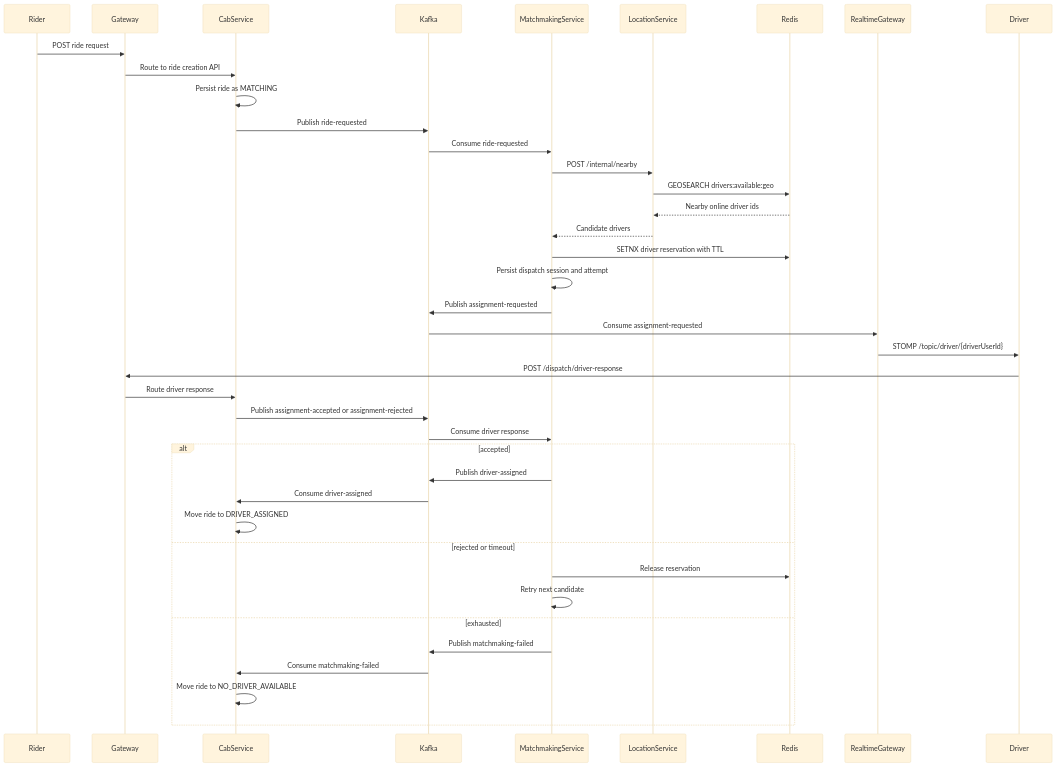
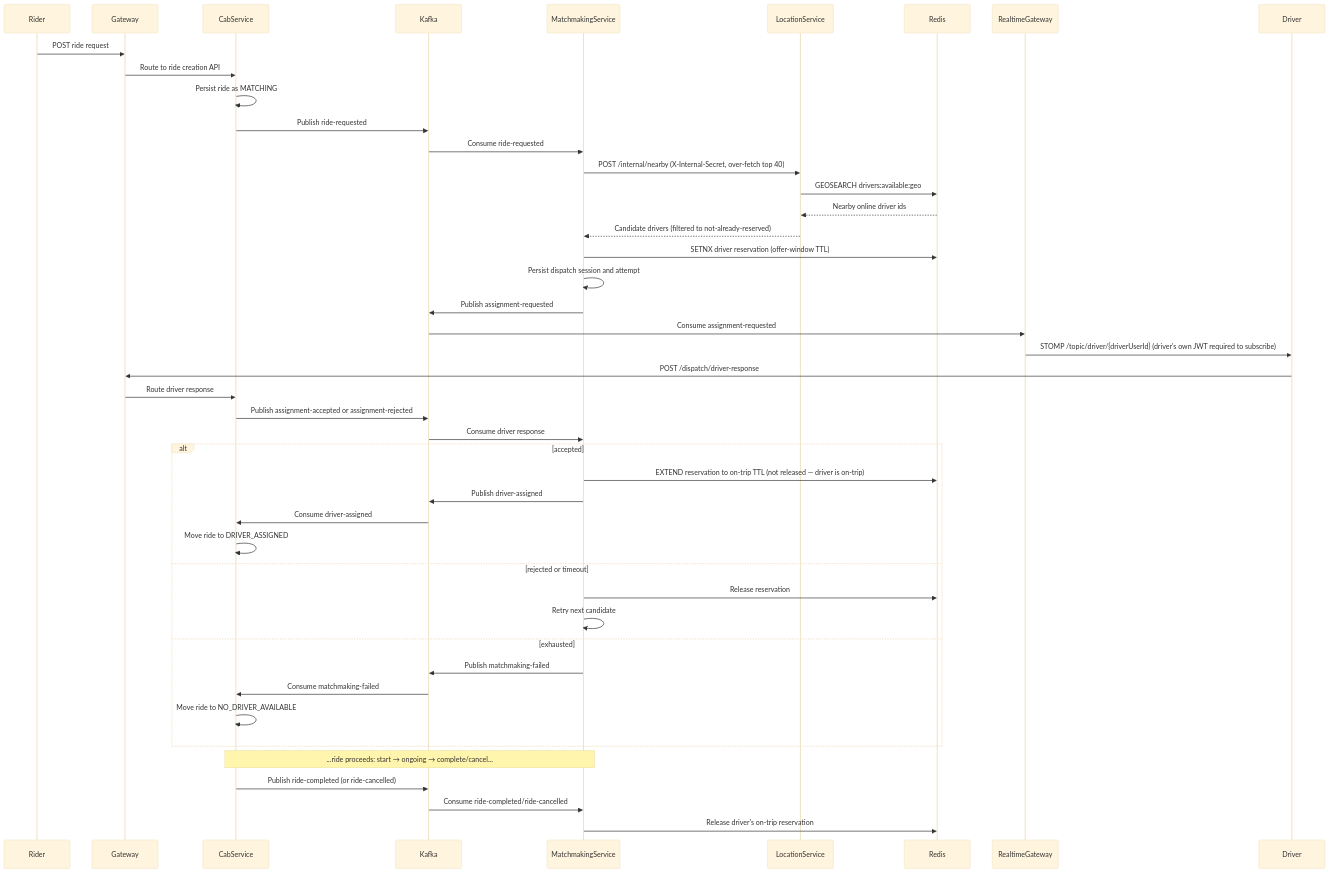
Before and after one commit to abhishek776655/Cabby-Mobility: the second of 6 diagrams in docs/HLD/SmartMobility.md, drawn with Mermaid (base theme). The commit also changed other lines of this file and 48 other files, not shown here.

````diff
--- a/docs/HLD/SmartMobility.md
+++ b/docs/HLD/SmartMobility.md
@@ -177,48 +188,54 @@
 ```mermaid
 sequenceDiagram
     participant Rider
     participant Gateway
     participant CabService
     participant Kafka
     participant MatchmakingService
     participant LocationService
     participant Redis
     participant RealtimeGateway
     participant Driver
 
     Rider->>Gateway: POST ride request
     Gateway->>CabService: Route to ride creation API
     CabService->>CabService: Persist ride as MATCHING
     CabService->>Kafka: Publish ride-requested
 
     Kafka->>MatchmakingService: Consume ride-requested
-    MatchmakingService->>LocationService: POST /internal/nearby
+    MatchmakingService->>LocationService: POST /internal/nearby (X-Internal-Secret, over-fetch top 40)
     LocationService->>Redis: GEOSEARCH drivers:available:geo
     Redis-->>LocationService: Nearby online driver ids
-    LocationService-->>MatchmakingService: Candidate drivers
+    LocationService-->>MatchmakingService: Candidate drivers (filtered to not-already-reserved)
 
-    MatchmakingService->>Redis: SETNX driver reservation with TTL
+    MatchmakingService->>Redis: SETNX driver reservation (offer-window TTL)
     MatchmakingService->>MatchmakingService: Persist dispatch session and attempt
     MatchmakingService->>Kafka: Publish assignment-requested
 
     Kafka->>RealtimeGateway: Consume assignment-requested
-    RealtimeGateway->>Driver: STOMP /topic/driver/{driverUserId}
+    RealtimeGateway->>Driver: STOMP /topic/driver/{driverUserId} (driver's own JWT required to subscribe)
 
     Driver->>Gateway: POST /dispatch/driver-response
     Gateway->>CabService: Route driver response
     CabService->>Kafka: Publish assignment-accepted or assignment-rejected
 
     Kafka->>MatchmakingService: Consume driver response
     alt accepted
+        MatchmakingService->>Redis: EXTEND reservation to on-trip TTL (not released — driver is on-trip)
         MatchmakingService->>Kafka: Publish driver-assigned
         Kafka->>CabService: Consume driver-assigned
         CabService->>CabService: Move ride to DRIVER_ASSIGNED
     else rejected or timeout
         MatchmakingService->>Redis: Release reservation
         MatchmakingService->>MatchmakingService: Retry next candidate
     else exhausted
         MatchmakingService->>Kafka: Publish matchmaking-failed
         Kafka->>CabService: Consume matchmaking-failed
         CabService->>CabService: Move ride to NO_DRIVER_AVAILABLE
     end
+
+    Note over CabService,MatchmakingService: ...ride proceeds: start → ongoing → complete/cancel...
+    CabService->>Kafka: Publish ride-completed (or ride-cancelled)
+    Kafka->>MatchmakingService: Consume ride-completed/ride-cancelled
+    MatchmakingService->>Redis: Release driver's on-trip reservation
 ```
````
